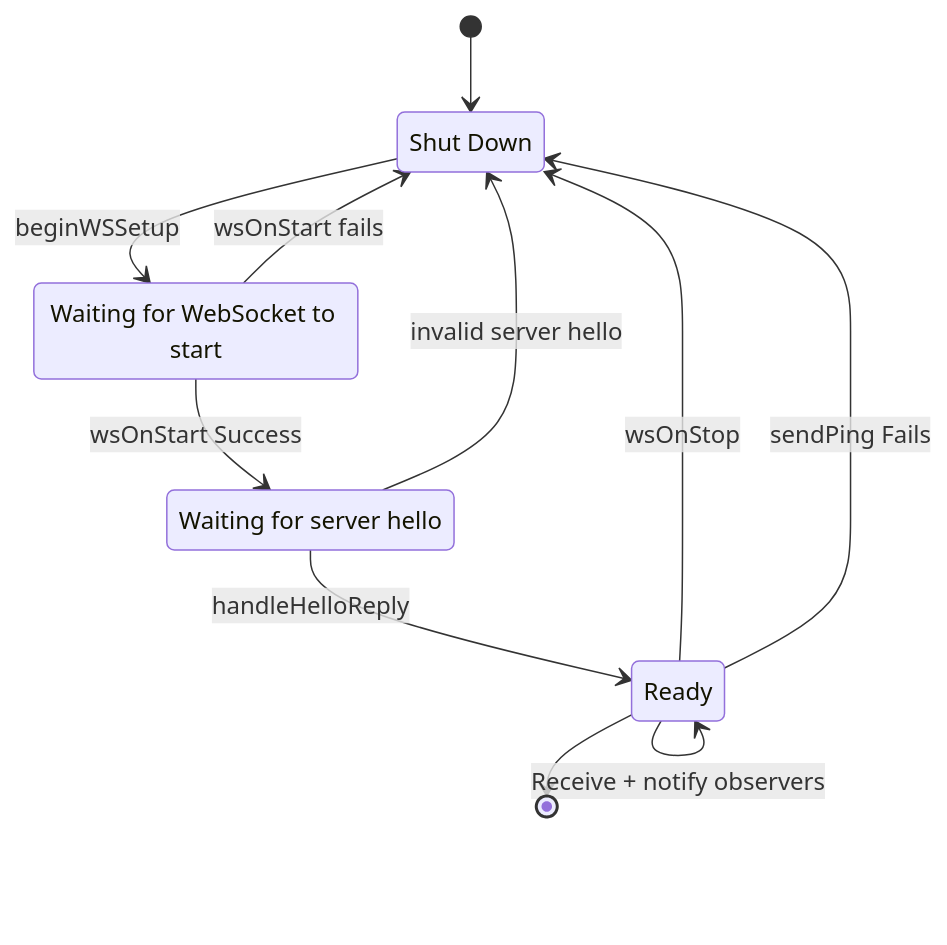
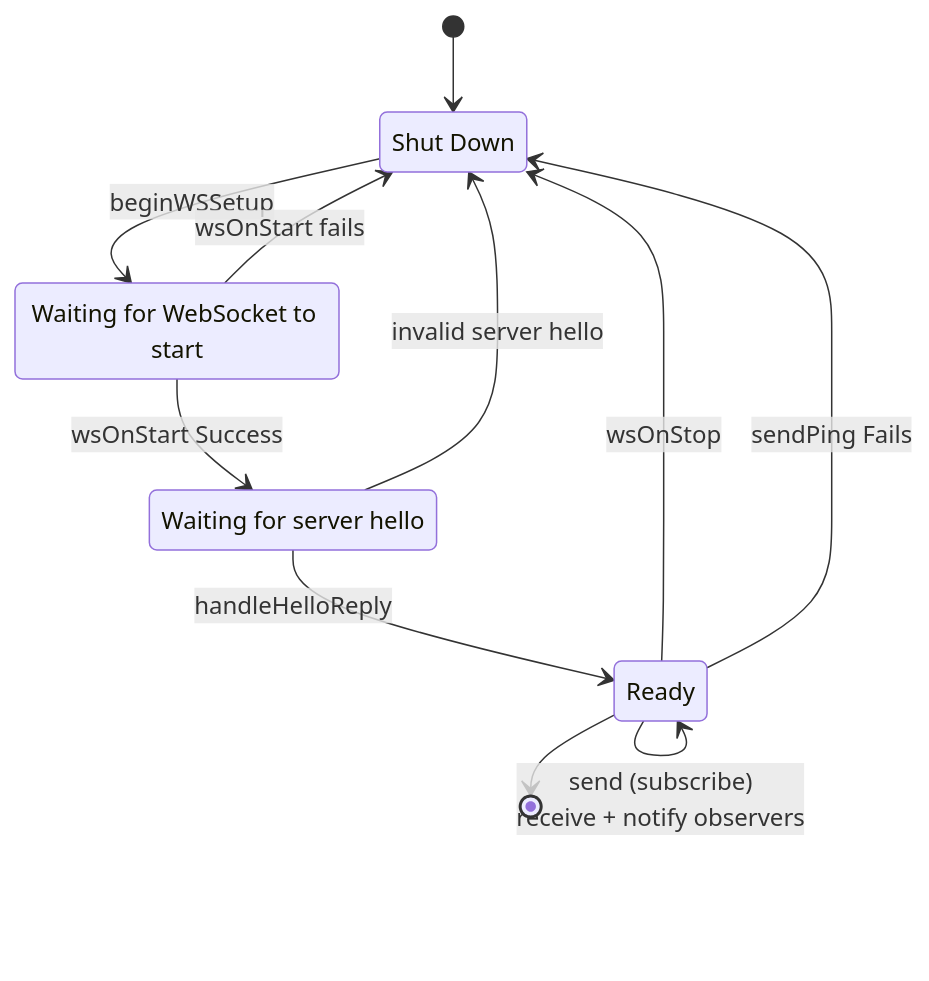
One commit to marco-c/gecko-dev-comments-removed changed the third of 5 diagrams in dom/docs/push/index.md. Above: the diagram before and after it, drawn with Mermaid. The commit also changed 5 other files, not shown here.

First line of the commit message:
Bug 2084613 - Lay out firefox-source-docs Mermaid diagrams with ELK. r=firefox-source-docs-reviewers,ai4dev-reviewers,ahal,padenot

````diff
--- a/dom/docs/push/index.md
+++ b/dom/docs/push/index.md
@@ -84,18 +84,17 @@
 ```{mermaid}
 stateDiagram-v2
 		state "Shut Down" as SD
 		state "Waiting for WebSocket to start" as W1
 		state "Waiting for server hello" as W2
 		state "Ready" as R
     [*] --> SD
 		 SD --> W1: beginWSSetup
 		 W1 --> W2: wsOnStart Success
 		 W2 --> R: handleHelloReply
-		 R --> R: send (subscribe)
-         R --> R: Receive + notify observers
+		 R --> R: send (subscribe)<br/>receive + notify observers
 		 R --> SD: wsOnStop
 		 R --> SD: sendPing Fails
 		 W1 --> SD: wsOnStart fails
 		 W2 --> SD: invalid server hello
 		 R --> [*]
 ```
````
